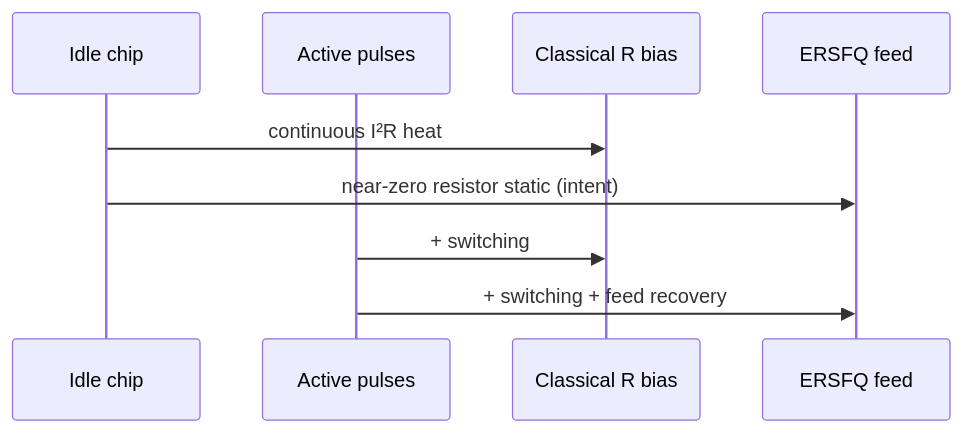
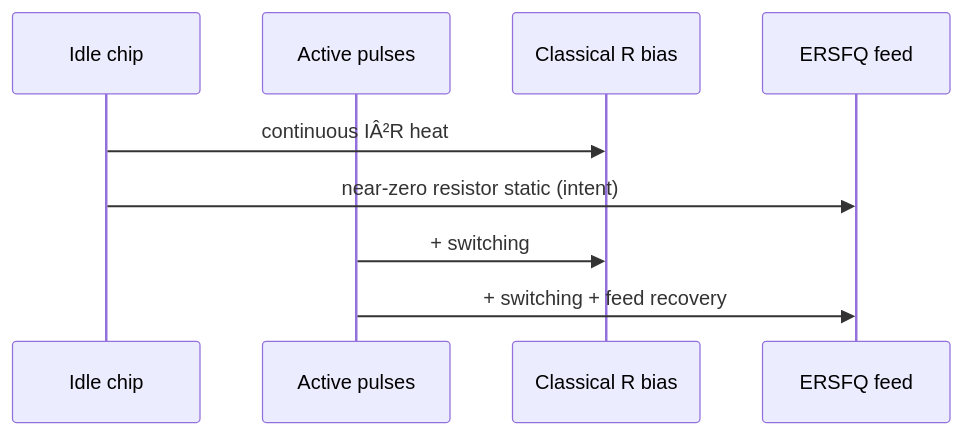
Before and after one commit to Single-Flux-Quantum/sfq-learn-public: the second of 2 diagrams in docs/concepts/ersfq-logic.md, drawn with Mermaid. The commit also changed other lines of this file and 41 other files, not shown here.

````diff
--- a/docs/concepts/ersfq-logic.md
+++ b/docs/concepts/ersfq-logic.md
@@ -74,11 +74,11 @@
 ```mermaid
 sequenceDiagram
   participant Idle as Idle chip
   participant Act as Active pulses
   participant Class as Classical R bias
   participant ER as ERSFQ feed
-  Idle->>Class: continuous I²R heat
+  Idle->>Class: continuous IÂ²R heat
   Idle->>ER: near-zero resistor static (intent)
   Act->>Class: + switching
   Act->>ER: + switching + feed recovery
 ```
````
